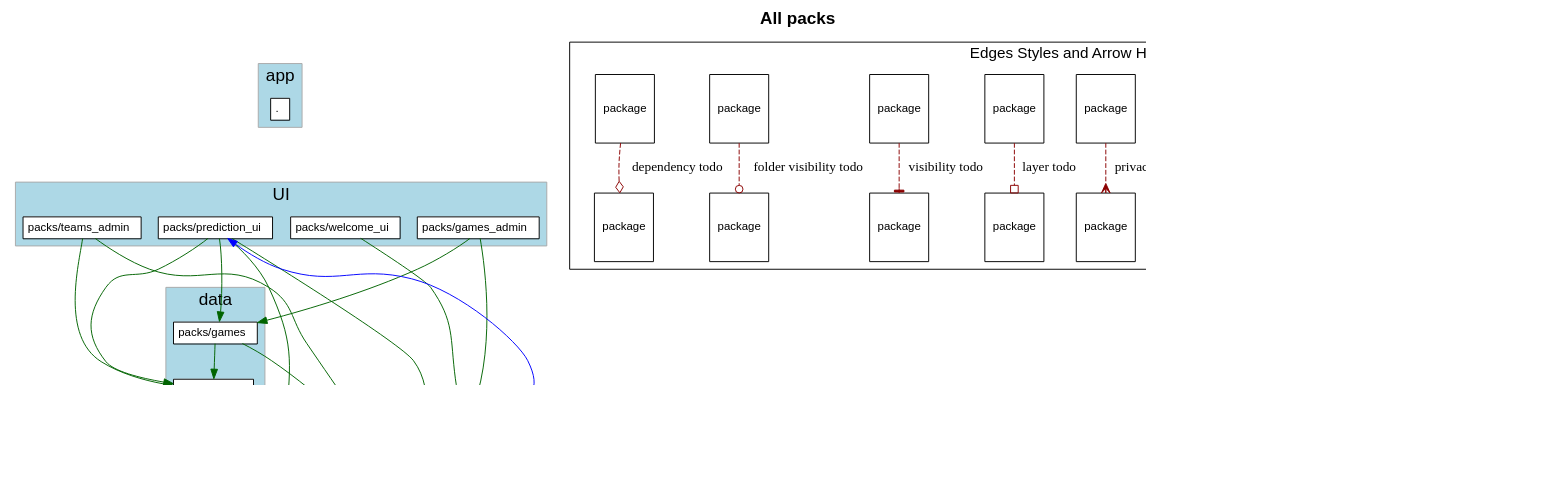
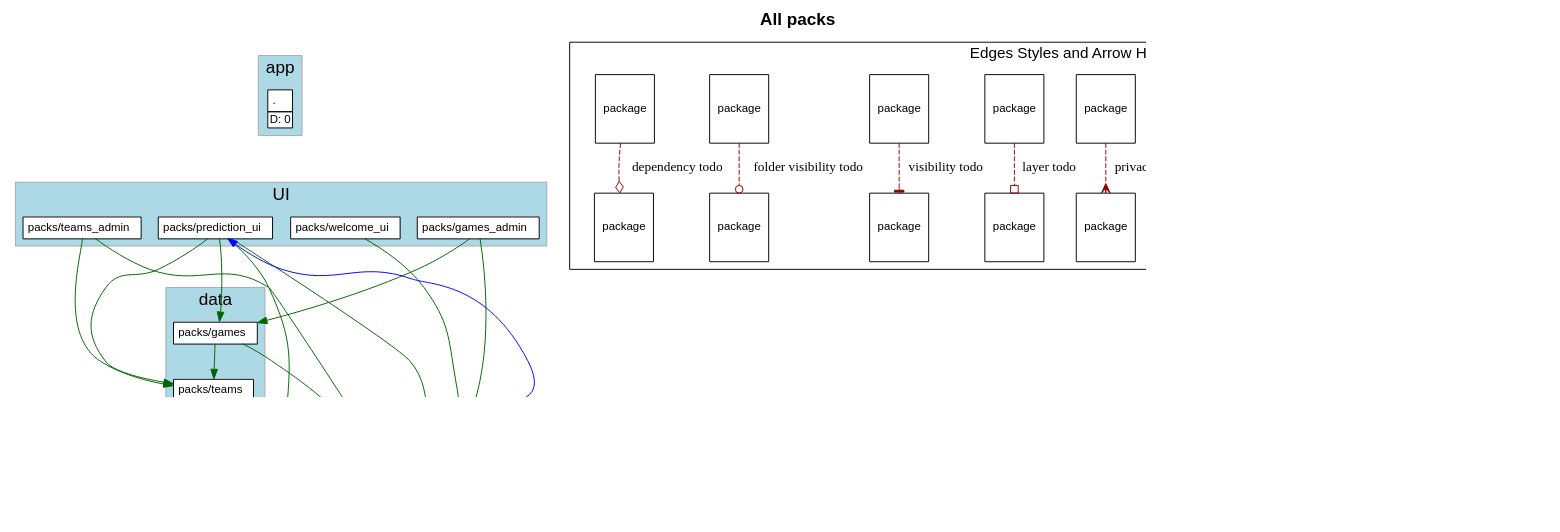
The diagram in diagrams/all_packs.dot (shageman/package-based-rails-applications), drawn with Graphviz before and after one commit. The commit also changed 12 other files, not shown here.

```diff
--- a/diagrams/all_packs.dot
+++ b/diagrams/all_packs.dot
@@ -30,6 +30,7 @@
             label= <
                 <table border='0' cellborder='1' cellspacing='0' cellpadding='4'>
                   <tr> <td align='left'> . </td> </tr>
+                  <tr><td CELLPADDING='1' ALIGN='RIGHT'>D: 0</td></tr>
                 </table>
               >
           ]
@@ -132,6 +133,7 @@
                     <tr> <td port='private'> packs/predictor </td> </tr>
                   </table>
                   </td></tr>
+                  <tr><td CELLPADDING='1' ALIGN='RIGHT'>D: 0</td></tr>
                   </table>
               >
           ]
```
